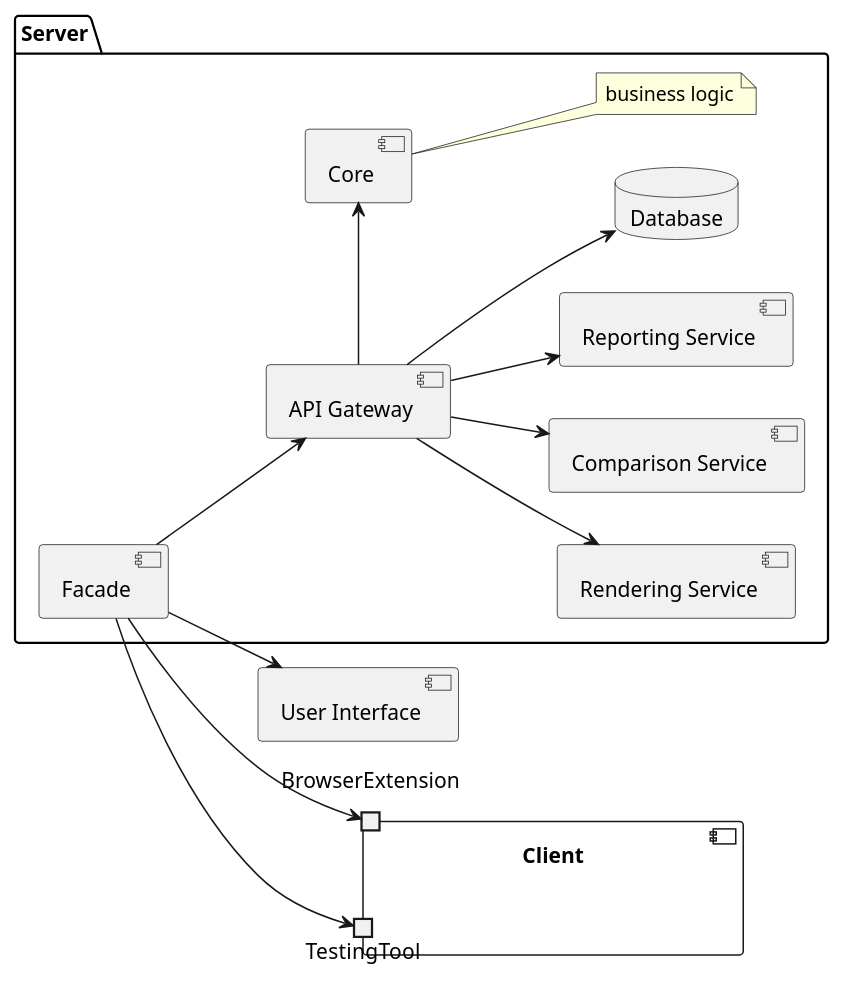
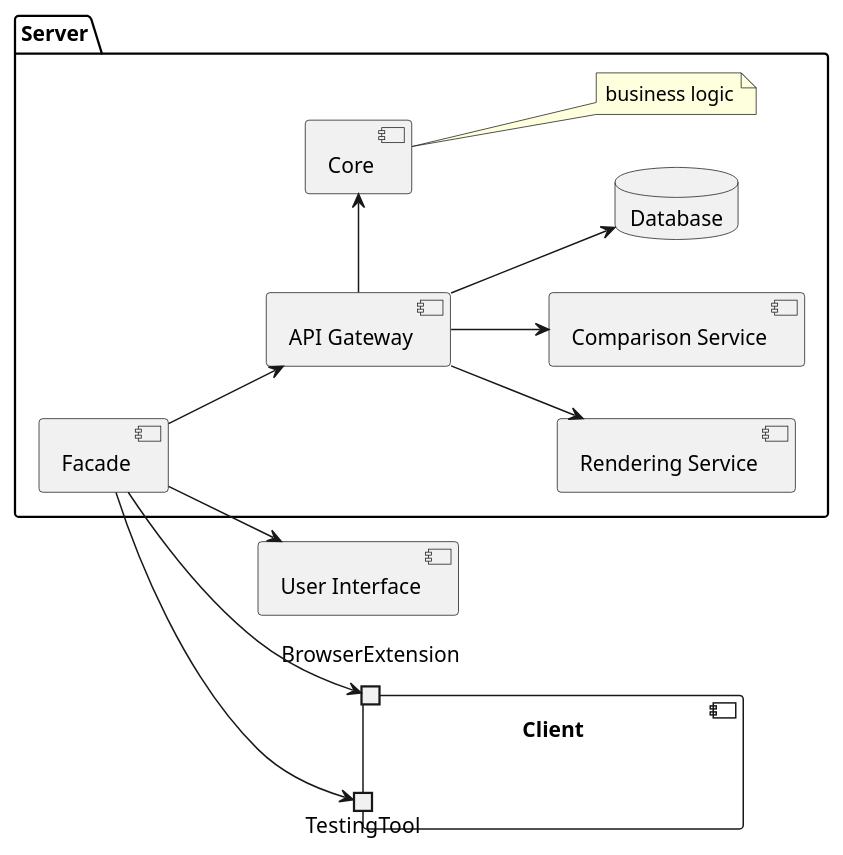
One commit to Alexander-64/microservices-description changed the diagram in microservices/architecture.plantuml. Above: the diagram before and after it, drawn with PlantUML.

Commit message:
modified schemas

```diff
--- a/microservices/architecture.plantuml
+++ b/microservices/architecture.plantuml
@@ -1,37 +1,35 @@
 @startuml
 
 
 left to right direction
 
 package "Server" {
 
   [Facade] 
   [API Gateway]
   [Rendering Service]
   [Core]
   [Comparison Service]
-  [Reporting Service]
   [Facade] --> [API Gateway]
   [API Gateway] --> [Rendering Service]
   [API Gateway] -> [Core]
   [API Gateway] --> [Comparison Service]
-  [API Gateway] --> [Reporting Service]
   [API Gateway] --> Database
 
   note right of Core: business logic
 
   database "Database" {
 
   }
 }
 
 component Client {
   port TestingTool
   port BrowserExtension
 }
 
 [Facade] --> TestingTool
 [Facade] --> BrowserExtension
 [Facade] --> [User Interface]
 
 @enduml
```
